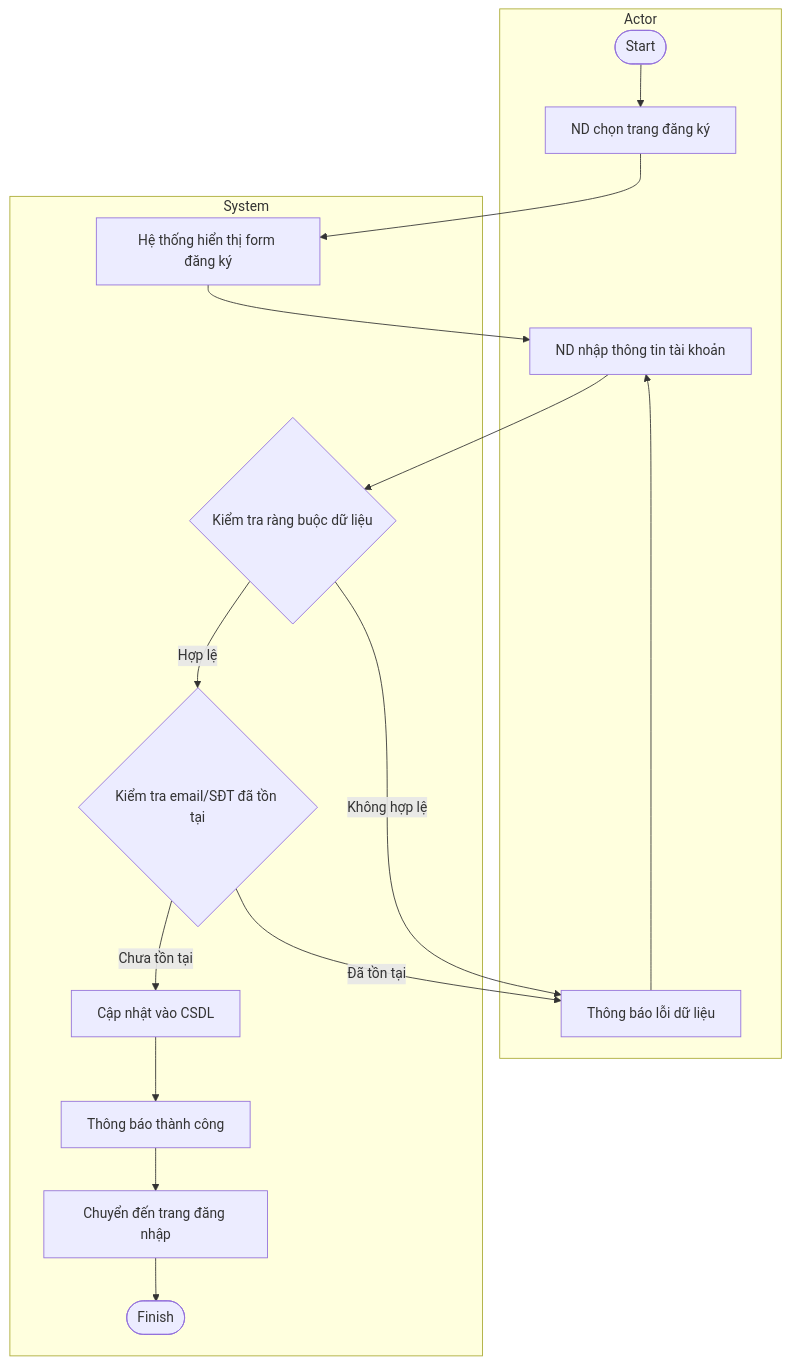
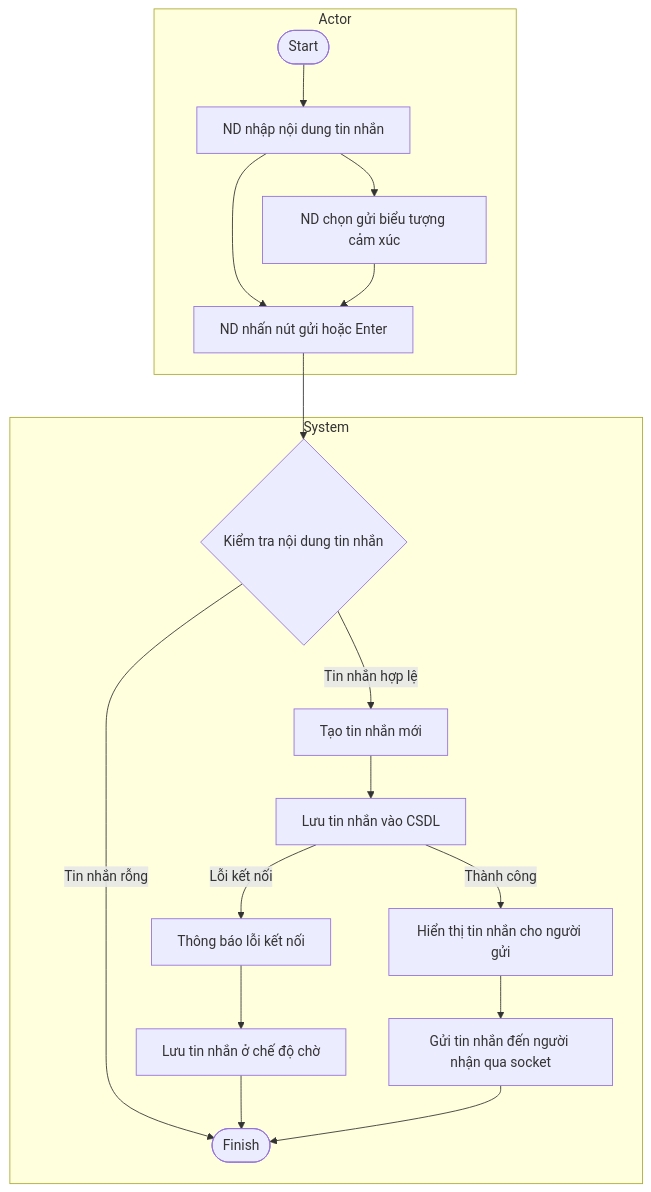
The diagram in README.md (GiaHuyyy/21032471_ToVuGiaHuy_Tuan7), drawn with Mermaid before and after one commit.

````diff
--- a/README.md
+++ b/README.md
@@ -1,30 +1,33 @@
 ```mermaid
 graph TD
     subgraph Actor
-        Start([Start]) --> A1[ND chọn trang đăng ký]
-        A3[ND nhập thông tin tài khoản]
-        A5[Thông báo lỗi dữ liệu]
+        Start([Start]) --> A1[ND nhập nội dung tin nhắn]
+        A2[ND nhấn nút gửi hoặc Enter]
+        A3[ND chọn gửi biểu tượng cảm xúc]
     end
     
     subgraph System
-        B1[Hệ thống hiển thị form đăng ký]
-        B3{Kiểm tra ràng buộc dữ liệu}
-        B4{Kiểm tra email/SĐT đã tồn tại}
-        B5[Cập nhật vào CSDL]
-        B6[Thông báo thành công]
-        B7[Chuyển đến trang đăng nhập]
+        B1{Kiểm tra nội dung tin nhắn}
+        B2[Tạo tin nhắn mới]
+        B3[Lưu tin nhắn vào CSDL]
+        B4[Hiển thị tin nhắn cho người gửi]
+        B5[Gửi tin nhắn đến người nhận qua socket]
+        B6[Thông báo lỗi kết nối]
+        B7[Lưu tin nhắn ở chế độ chờ]
         Finish([Finish])
     end
     
-    A1 --> B1
-    B1 --> A3
-    A3 --> B3
-    B3 -->|Không hợp lệ| A5
-    A5 --> A3
-    B3 -->|Hợp lệ| B4
-    B4 -->|Đã tồn tại| A5
-    B4 -->|Chưa tồn tại| B5
-    B5 --> B6
+    A1 --> A2
+    A1 --> A3
+    A3 --> A2
+    A2 --> B1
+    B1 -->|Tin nhắn rỗng| Finish
+    B1 -->|Tin nhắn hợp lệ| B2
+    B2 --> B3
+    B3 -->|Thành công| B4
+    B3 -->|Lỗi kết nối| B6
     B6 --> B7
     B7 --> Finish
+    B4 --> B5
+    B5 --> Finish
 ```
````
